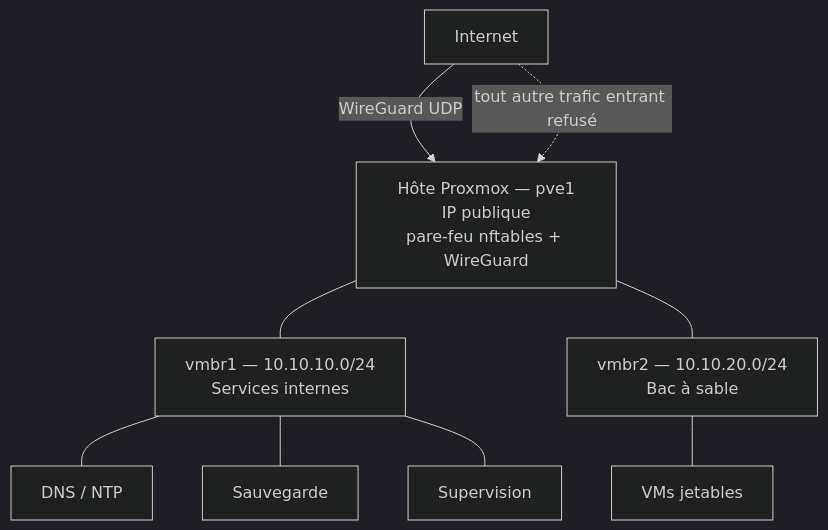
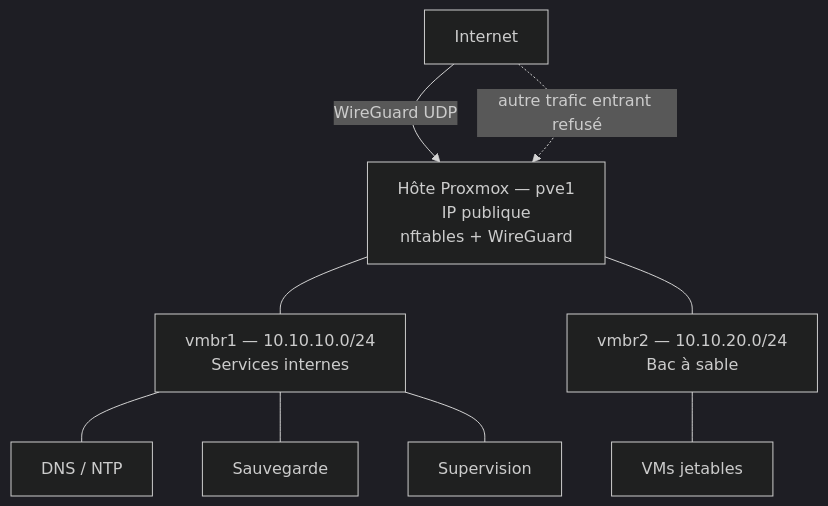
The diagram in README.md (ryn380/homelab), drawn with Mermaid (dark theme) before and after one commit.

````diff
--- a/README.md
+++ b/README.md
@@ -48,16 +48,16 @@
 ```mermaid
 graph TD
     NET[Internet] -->|WireGuard UDP| HOST
-    NET -.->|tout autre trafic entrant refusé| HOST
+    NET -.->|autre trafic entrant refusé| HOST
 
-    HOST["Hôte Proxmox — pve1<br/>IP publique<br/>pare-feu nftables + WireGuard"]
+    HOST["Hôte Proxmox — pve1<br/>IP publique<br/>nftables + WireGuard"]
 
     HOST --- BR1["vmbr1 — 10.10.10.0/24<br/>Services internes"]
     HOST --- BR2["vmbr2 — 10.10.20.0/24<br/>Bac à sable"]
 
     BR1 --- S1[DNS / NTP]
     BR1 --- S2[Sauvegarde]
     BR1 --- S3[Supervision]
 
     BR2 --- T1[VMs jetables]
 ```
````
